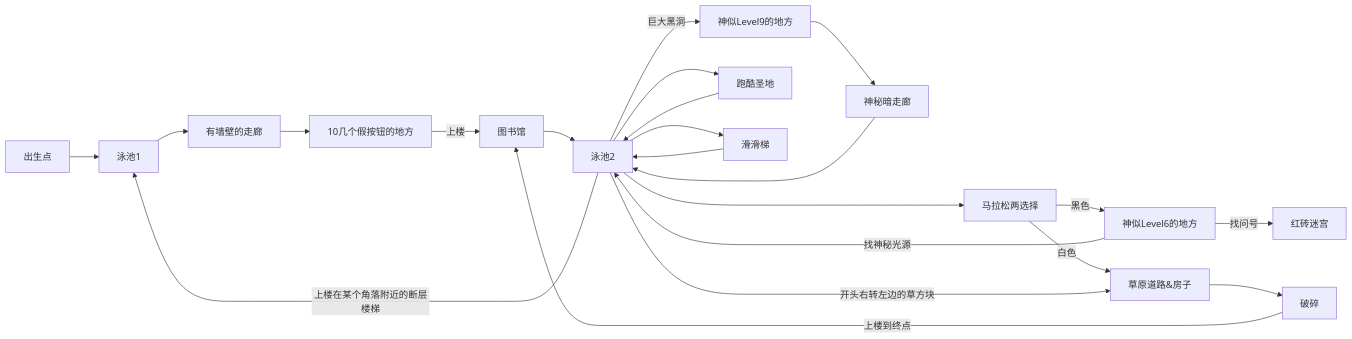
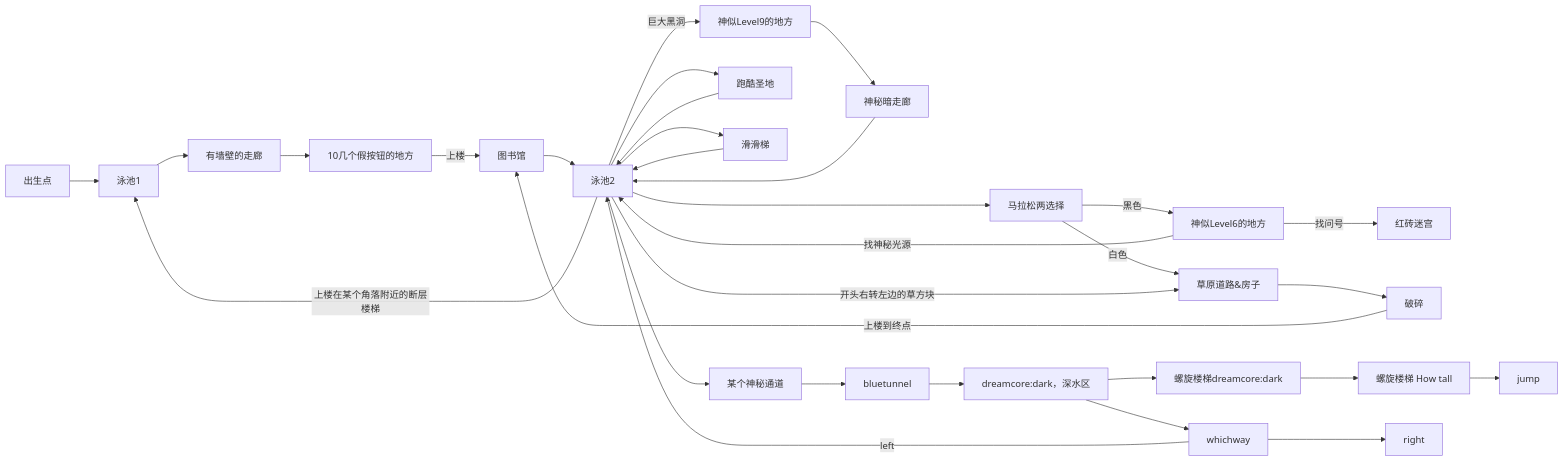
One commit to VeryrrDefine/veryrrdefine.github.io changed the diagram in _posts/2026-02-26-dreamcore-server-structure-map.markdown. Above: the diagram before and after it, drawn with Mermaid.

Commit message:
dark 深水区

```diff
--- a/_posts/2026-02-26-dreamcore-server-structure-map.markdown
+++ b/_posts/2026-02-26-dreamcore-server-structure-map.markdown
@@ -9,24 +9,30 @@
 <div class="mermaid">
 flowchart LR
 
 A[出生点] --> 1[泳池1]
 1-->1_1[有墙壁的走廊]-->1_2[10几个假按钮的地方]--上楼-->9inf[图书馆]
 
 9inf-->2[泳池2]
 2---->malason[马拉松两选择]
 malason--黑色-->6[神似Level6的地方]
 2--上楼在某个角落附近的断层楼梯-->1
 6--找神秘光源-->2
 6--找问号-->redbrick[红砖迷宫]
 malason--白色-->road3[草原道路&房子]
 2--开头右转左边的草方块-->road3
 road3-->upstairsinfinite[破碎]
 upstairsinfinite--上楼到终点-->9inf
 2--巨大黑洞-->level9like[神似Level9的地方]-->darkhall[神秘暗走廊]
 2-->parkour[跑酷圣地]
 parkour-->2
 darkhall-->2
 2-->fastslider[滑滑梯]
 fastslider-->2
+2-->某个神秘通道-->bluetunnel
+bluetunnel-->ducksea[dreamcore:dark，深水区]
+ducksea-->lxlt1[螺旋楼梯dreamcore:dark]-->lxlt2[螺旋楼梯 How tall]-->jump
+ducksea-->whichway
+whichway--left-->2
+whichway-->right
 
 </div>
```
